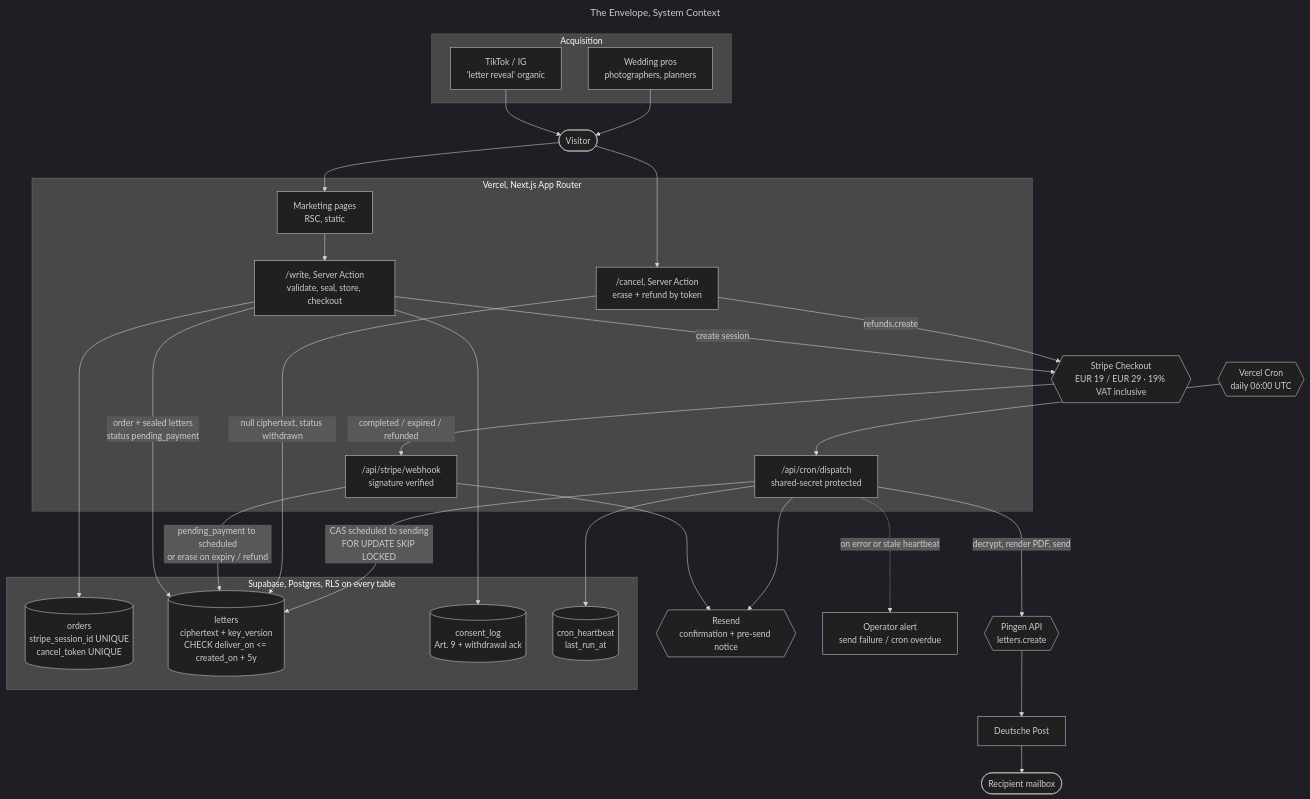
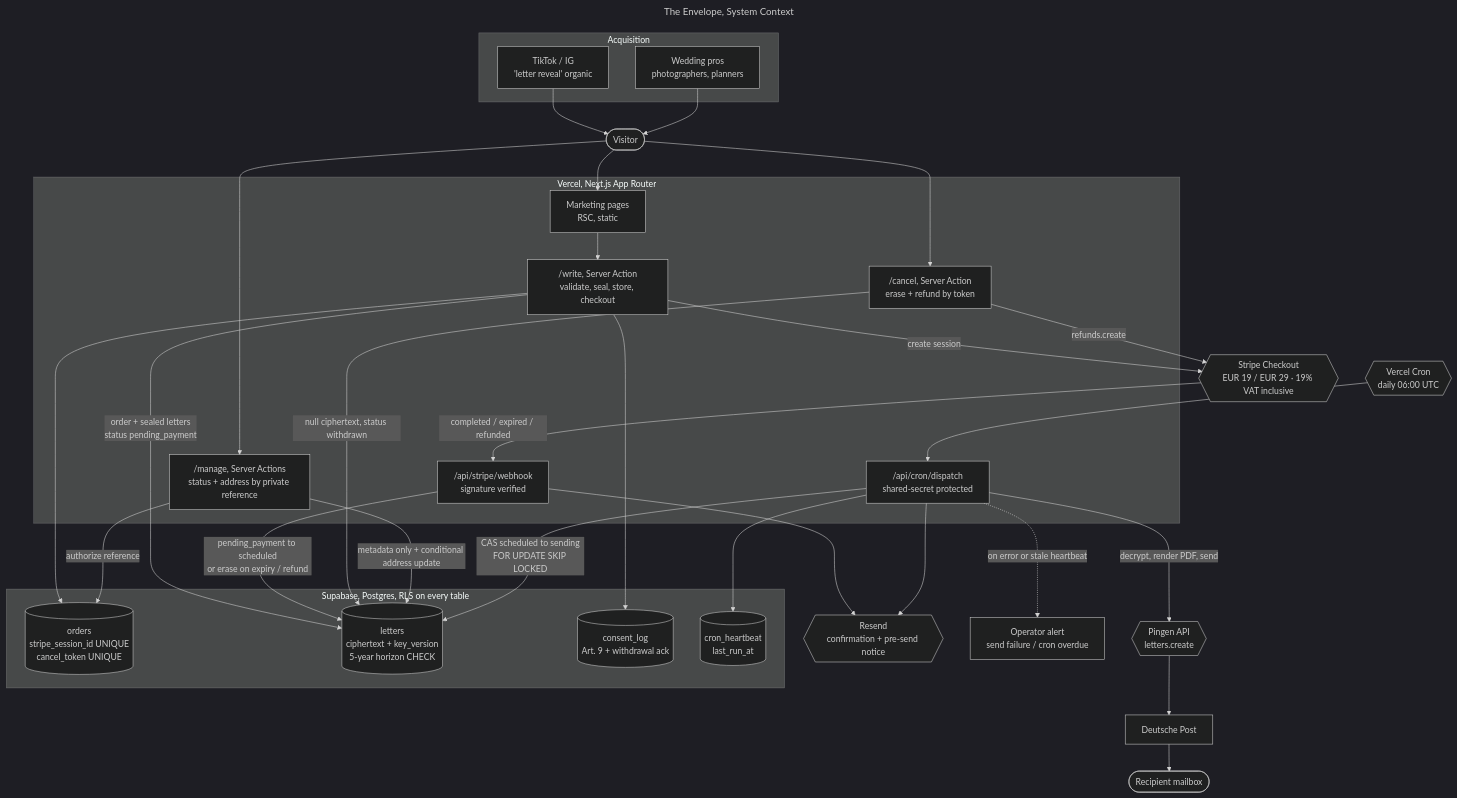
The diagram in docs/architecture/01-system-context.mmd (kandulanikhilvarma/the-envelope), drawn with Mermaid (dark theme) before and after one commit. The commit also changed 32 other files, not shown here.

First line of the commit message:
feat: let customers manage letters without operator help

```diff
--- a/docs/architecture/01-system-context.mmd
+++ b/docs/architecture/01-system-context.mmd
@@ -1,59 +1,63 @@
 ---
 title: The Envelope, System Context
 ---
 flowchart TB
     subgraph acq["Acquisition"]
         TT["TikTok / IG<br/>'letter reveal' organic"]
         WP["Wedding pros<br/>photographers, planners"]
     end
 
     V(["Visitor"])
     TT --> V
     WP --> V
 
     subgraph vercel["Vercel, Next.js App Router"]
         MKT["Marketing pages<br/>RSC, static"]
         APP["/write, Server Action<br/>validate, seal, store, checkout"]
+        MAN["/manage, Server Actions<br/>status + address by private reference"]
         CXL["/cancel, Server Action<br/>erase + refund by token"]
         HOOK["/api/stripe/webhook<br/>signature verified"]
         CRON["/api/cron/dispatch<br/>shared-secret protected"]
     end
 
     V --> MKT
     MKT --> APP
     V --> CXL
+    V --> MAN
 
     subgraph supa["Supabase, Postgres, RLS on every table"]
         ORD[("orders<br/>stripe_session_id UNIQUE<br/>cancel_token UNIQUE")]
-        LET[("letters<br/>ciphertext + key_version<br/>CHECK deliver_on &lt;= created_on + 5y")]
+        LET[("letters<br/>ciphertext + key_version<br/>5-year horizon CHECK")]
         CON[("consent_log<br/>Art. 9 + withdrawal ack")]
         HB[("cron_heartbeat<br/>last_run_at")]
     end
 
     APP -->|"order + sealed letters<br/>status pending_payment"| LET
     APP --> ORD
     APP --> CON
     HOOK -->|"pending_payment to scheduled<br/>or erase on expiry / refund"| LET
     CXL -->|"null ciphertext, status withdrawn"| LET
+    MAN -->|"authorize reference"| ORD
+    MAN -->|"metadata only + conditional address update"| LET
     CRON -->|"CAS scheduled to sending<br/>FOR UPDATE SKIP LOCKED"| LET
     CRON --> HB
 
     STRIPE{{"Stripe Checkout<br/>EUR 19 / EUR 29 · 19% VAT inclusive"}}
     APP -->|"create session"| STRIPE
     STRIPE -->|"completed / expired / refunded"| HOOK
     CXL -->|"refunds.create"| STRIPE
 
     MAIL{{"Resend<br/>confirmation + pre-send notice"}}
     HOOK --> MAIL
     CRON --> MAIL
 
     SCHED{{"Vercel Cron<br/>daily 06:00 UTC"}}
     SCHED --> CRON
 
     PIN{{"Pingen API<br/>letters.create"}}
     CRON -->|"decrypt, render PDF, send"| PIN
     PIN --> DP["Deutsche Post"]
     DP --> RCP(["Recipient mailbox"])
 
     ALERT["Operator alert<br/>send failure / cron overdue"]
     CRON -.->|"on error or stale heartbeat"| ALERT
```
